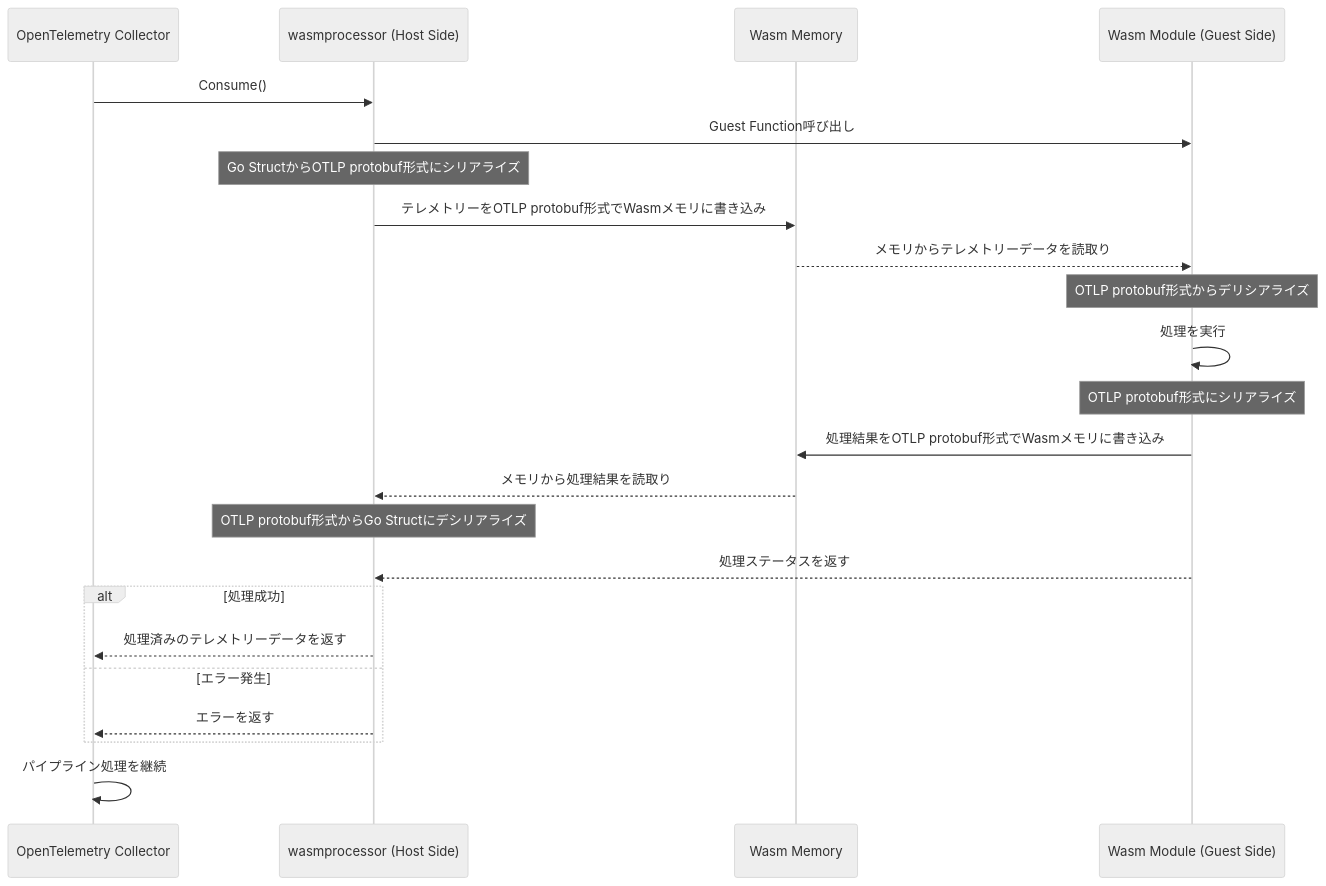
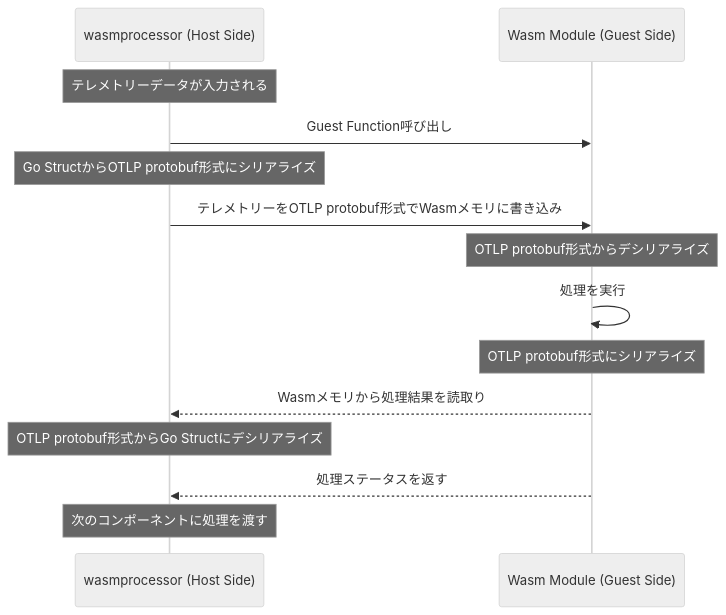
Before and after one commit to otelwasm/otelwasm: the second of 3 diagrams in README.md, drawn with Mermaid (neutral theme). The commit also changed other lines of this file, not shown here.

````diff
--- a/README.md
+++ b/README.md
@@ -33,38 +33,26 @@
 ```mermaid
 sequenceDiagram
-    participant Collector as OpenTelemetry Collector
     participant Processor as wasmprocessor (Host Side)
-    participant Memory as Wasm Memory
     participant GuestModule as Wasm Module (Guest Side)
 
-    Collector->>Processor: Consume()
+    Note over Processor: テレメトリーデータが入力される
 
     Processor->>GuestModule: Guest Function呼び出し
 
     Note over Processor: Go StructからOTLP protobuf形式にシリアライズ
-    Processor->>Memory: テレメトリーをOTLP protobuf形式でWasmメモリに書き込み
+    Processor->>GuestModule: テレメトリーをOTLP protobuf形式でWasmメモリに書き込み
 
-    Memory-->>GuestModule: メモリからテレメトリーデータを読取り
-
-    Note over GuestModule: OTLP protobuf形式からデリシアライズ
+    Note over GuestModule: OTLP protobuf形式からデシリアライズ
 
     GuestModule->>GuestModule: 処理を実行
 
     Note over GuestModule: OTLP protobuf形式にシリアライズ
 
-    GuestModule->>Memory: 処理結果をOTLP protobuf形式でWasmメモリに書き込み
-
-    Memory-->>Processor: メモリから処理結果を読取り
+    GuestModule-->>Processor: Wasmメモリから処理結果を読取り
 
     Note over Processor: OTLP protobuf形式からGo Structにデシリアライズ
 
     GuestModule-->>Processor: 処理ステータスを返す
 
-    alt 処理成功
-        Processor-->>Collector: 処理済みのテレメトリーデータを返す
-    else エラー発生
-        Processor-->>Collector: エラーを返す
-    end
-
-    Collector->>Collector: パイプライン処理を継続
+    Note over Processor: 次のコンポーネントに処理を渡す
 ```
````
